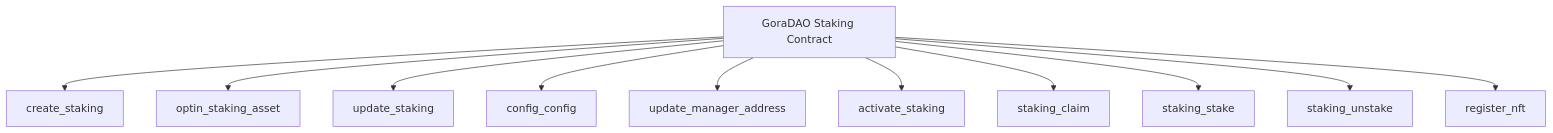
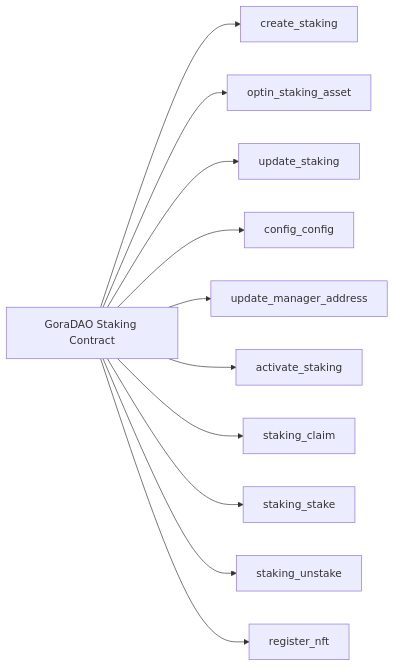
Before and after one commit to GoraNetwork/gora-dao-smartcontracts: the seventh of 7 diagrams in README.md, drawn with Mermaid. The commit also changed other lines of this file, not shown here.

````diff
--- a/README.md
+++ b/README.md
@@ -404,16 +404,16 @@
 ```mermaid
 
-graph TD
+graph LR
     GoraDAO_Staking[GoraDAO Staking Contract]
     GoraDAO_Staking --> create_Staking[create_staking]
     GoraDAO_Staking --> optin_staking_asset[optin_staking_asset]
     GoraDAO_Staking --> update_staking[update_staking]
     GoraDAO_Staking --> config_staking[config_config]
     GoraDAO_Staking --> update_manager_address[update_manager_address]
     GoraDAO_Staking --> activate_staking_P[activate_staking]
     GoraDAO_Staking --> staking_claim[staking_claim]
     GoraDAO_Staking --> staking_stake[staking_stake]
     GoraDAO_Staking --> staking_unstake[staking_unstake]
     GoraDAO_Staking --> register_nft[register_nft]
 
 ```
````
